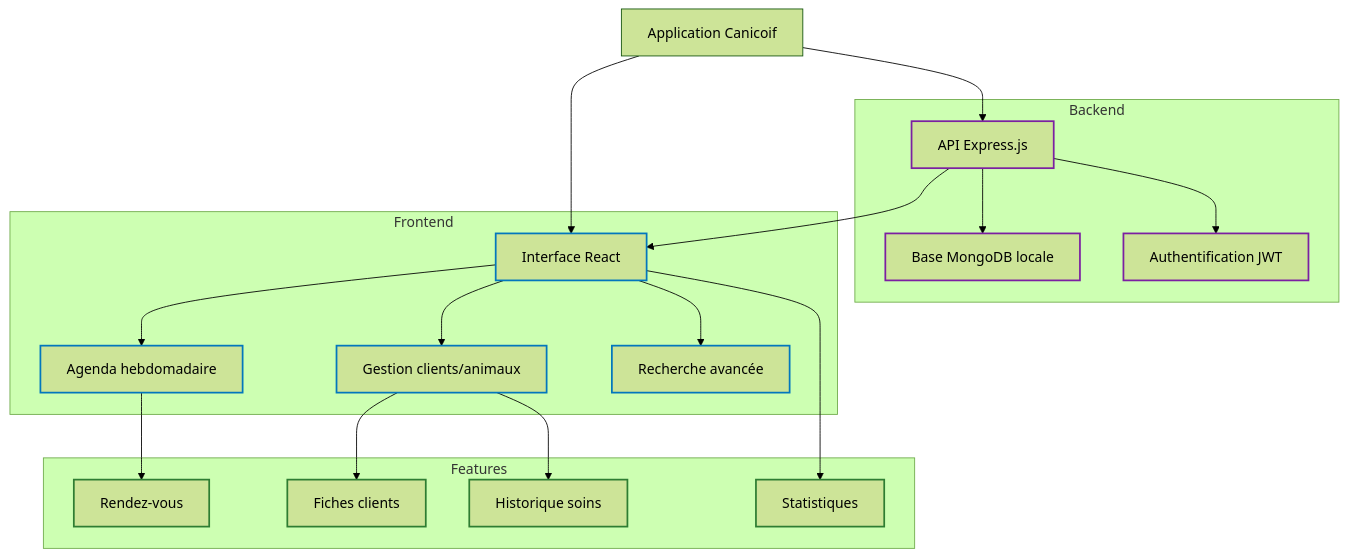
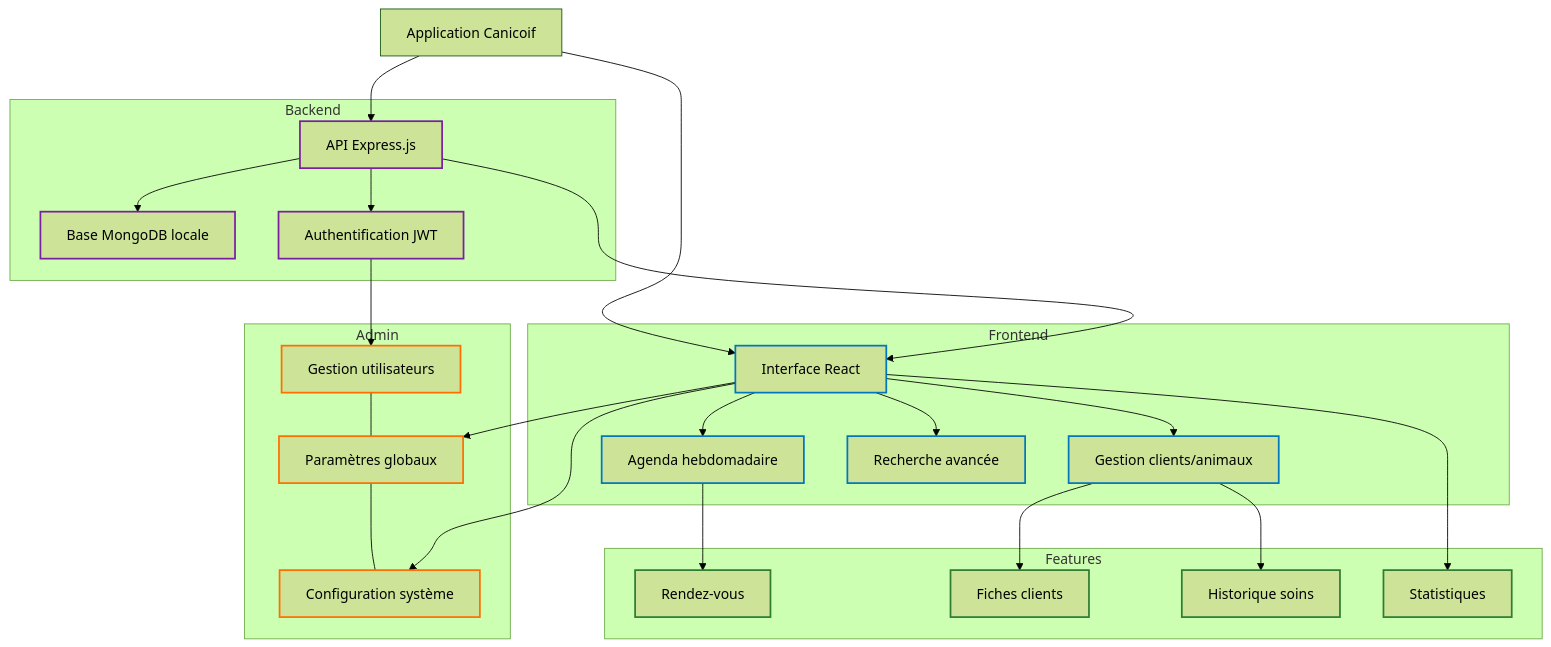
One commit to Mamath2000/canicoif-app-react changed the diagram in README.md. Above: the diagram before and after it, drawn with Mermaid (forest theme).

Commit message:
Ajout d'un sous-graphe pour la gestion des utilisateurs et des paramètres dans le diagramme du README.md

````diff
--- a/README.md
+++ b/README.md
@@ -7,43 +7,55 @@
 ```mermaid
 flowchart TD
     A[Application Canicoif]
     subgraph Backend
         B1[API Express.js]
         B2[Base MongoDB locale]
         B3[Authentification JWT]
     end
     subgraph Frontend
         C1[Interface React]
         C2[Agenda hebdomadaire]
         C3[Gestion clients/animaux]
         C4[Recherche avancée]
     end
     subgraph Features
         D1[Rendez-vous]
         D2[Fiches clients]
         D3[Historique soins]
         D4[Statistiques]
     end
+    subgraph Admin
+        E1[Gestion utilisateurs]
+        E2[Paramètres globaux]
+        E3[Configuration système]
+        E1 --- E2
+        E2 --- E3
+    end
 
     A --> B1
     A --> C1
     B1 --> B2
     B1 --> B3
     B1 --> C1
     C1 --> C2
     C1 --> C3
     C1 --> C4
     C2 --> D1
     C3 --> D2
     C3 --> D3
     C1 --> D4
+    B3 --> E1
+    C1 --> E2
+    C1 --> E3
 
     %% Styles
     classDef frontend fill,stroke:#0277bd,stroke-width:2px;
     classDef backend fill,stroke:#7b1fa2,stroke-width:2px;
     classDef features fill,stroke:#2e7d32,stroke-width:2px;
+    classDef admin fill,stroke:#ff6f00,stroke-width:2px;
     
     class C1,C2,C3,C4 frontend;
     class B1,B2,B3 backend;
     class D1,D2,D3,D4 features;
+    class E1,E2,E3 admin;
 ```
````
